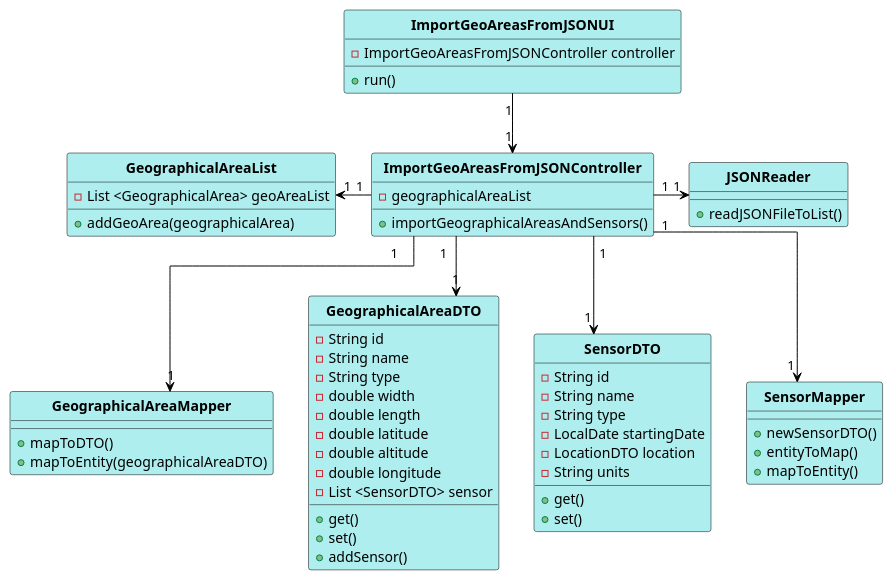
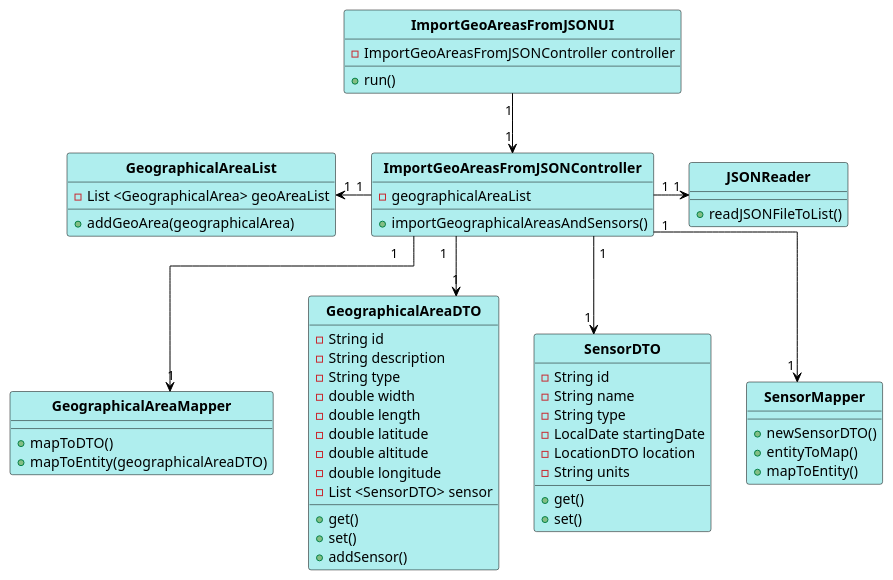
Before and after one commit to 1181687/hateoasToy: the diagram in src/main/java/pt/ipp/isep/dei/project/controllers/importgeoareasfromjsonandxmlcontroller/CD_ImportGeoAreasFromJSON.puml, drawn with PlantUML. The commit also changed 2 other files, not shown here.

Commit message:
Addresses #145. First draft of the diagrams.

```diff
--- a/src/main/java/pt/ipp/isep/dei/project/controllers/importgeoareasfromjsonandxmlcontroller/CD_ImportGeoAreasFromJSON.puml
+++ b/src/main/java/pt/ipp/isep/dei/project/controllers/importgeoareasfromjsonandxmlcontroller/CD_ImportGeoAreasFromJSON.puml
@@ -1,79 +1,79 @@
 @startuml
 skinparam linetype ortho
 
 skinparam class {
 	BackgroundColor PaleTurquoise
 	ArrowColor Black
 	BorderColor Black
 	FontStyle Bold
 }
 
 hide circle
 
 ImportGeoAreasFromJSONUI "1" --> "1" ImportGeoAreasFromJSONController
 ImportGeoAreasFromJSONController  "1" -left-> "1" GeographicalAreaList
 ImportGeoAreasFromJSONController  "1" --> "1" GeographicalAreaMapper
 ImportGeoAreasFromJSONController  "1" --> "1" GeographicalAreaDTO
 ImportGeoAreasFromJSONController  "1" --> "1" SensorDTO
 ImportGeoAreasFromJSONController  "1" --> "1" SensorMapper
 ImportGeoAreasFromJSONController  "1" -right-> "1" JSONReader
 
 Class ImportGeoAreasFromJSONUI {
 -ImportGeoAreasFromJSONController controller
 +run()
 
 }
 
 Class ImportGeoAreasFromJSONController {
 -geographicalAreaList
 +importGeographicalAreasAndSensors()
 }
 
 Class GeographicalAreaMapper {
 +mapToDTO()
 +mapToEntity(geographicalAreaDTO)
 }
 
 Class GeographicalAreaList {
 -List <GeographicalArea> geoAreaList
 +addGeoArea(geographicalArea)
 }
 
 Class GeographicalAreaDTO {
 - String id
-- String name
+- String description
 - String type
 - double width
 - double length
 - double latitude
 - double altitude
 - double longitude
 - List <SensorDTO> sensor
 + get()
 + set()
 + addSensor()
 }
 
 Class SensorDTO {
 - String id
 - String name
 - String type
 - LocalDate startingDate
 - LocationDTO location
 - String units
 + get()
 + set()
 }
 
 Class SensorMapper {
 
 +newSensorDTO()
 +entityToMap()
 +mapToEntity()
 }
 
 Class JSONReader {
 + readJSONFileToList()
 }
 
 @enduml
```
